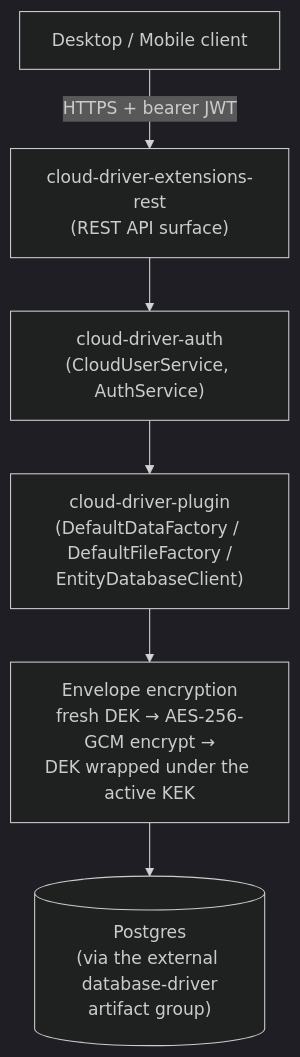
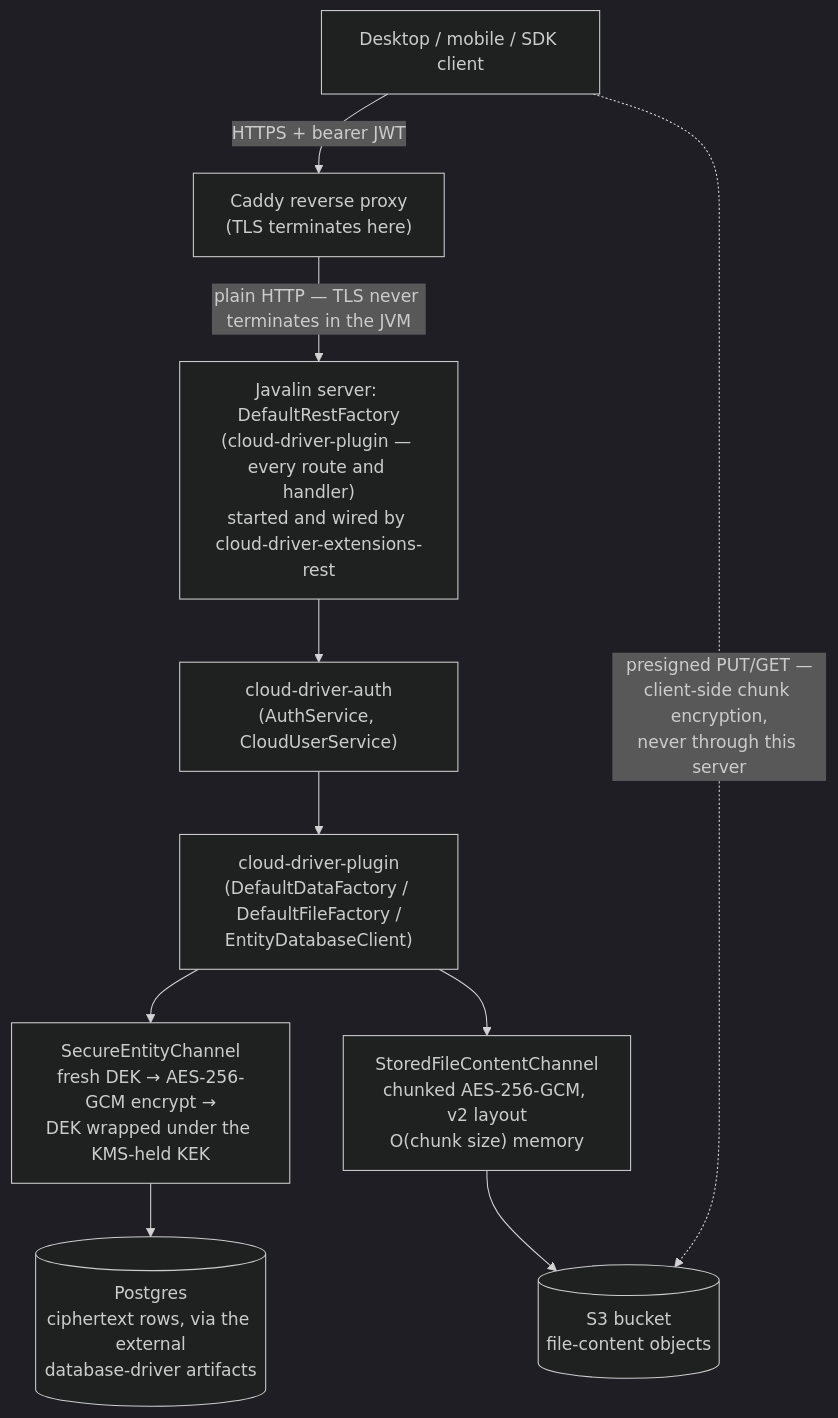
Before and after one commit to linoalessio/cloud-driver: the second of 3 diagrams in docs/architecture.md, drawn with Mermaid (dark theme). The commit also changed other lines of this file and 78 other files, not shown here.

Commit message:
Docs: refresh README.md and docs/ against the current code, diagrams include

````diff
--- a/docs/architecture.md
+++ b/docs/architecture.md
@@ -75,8 +88,12 @@
 ```mermaid
 flowchart TD
-    CLIENT["Desktop / Mobile client"] -->|"HTTPS + bearer JWT"| REST["cloud-driver-extensions-rest<br/>(REST API surface)"]
-    REST --> AUTH["cloud-driver-auth<br/>(CloudUserService, AuthService)"]
+    CLIENT["Desktop / mobile / SDK client"] -->|"HTTPS + bearer JWT"| PROXY["Caddy reverse proxy<br/>(TLS terminates here)"]
+    PROXY -->|"plain HTTP — TLS never terminates in the JVM"| REST["Javalin server: DefaultRestFactory<br/>(cloud-driver-plugin — every route and handler)<br/>started and wired by cloud-driver-extensions-rest"]
+    REST --> AUTH["cloud-driver-auth<br/>(AuthService, CloudUserService)"]
     AUTH --> PLUGIN["cloud-driver-plugin<br/>(DefaultDataFactory / DefaultFileFactory /<br/>EntityDatabaseClient)"]
-    PLUGIN --> ENC["Envelope encryption<br/>fresh DEK → AES-256-GCM encrypt →<br/>DEK wrapped under the active KEK"]
-    ENC --> PG[("Postgres<br/>(via the external database-driver<br/>artifact group)")]
+    PLUGIN --> ENT["SecureEntityChannel<br/>fresh DEK → AES-256-GCM encrypt →<br/>DEK wrapped under the KMS-held KEK"]
+    ENT --> PG[("Postgres<br/>ciphertext rows, via the external<br/>database-driver artifacts")]
+    PLUGIN --> CONTENT["StoredFileContentChannel<br/>chunked AES-256-GCM, v2 layout<br/>O(chunk size) memory"]
+    CONTENT --> S3[("S3 bucket<br/>file-content objects")]
+    CLIENT -.->|"presigned PUT/GET —<br/>client-side chunk encryption,<br/>never through this server"| S3
 ```
````
